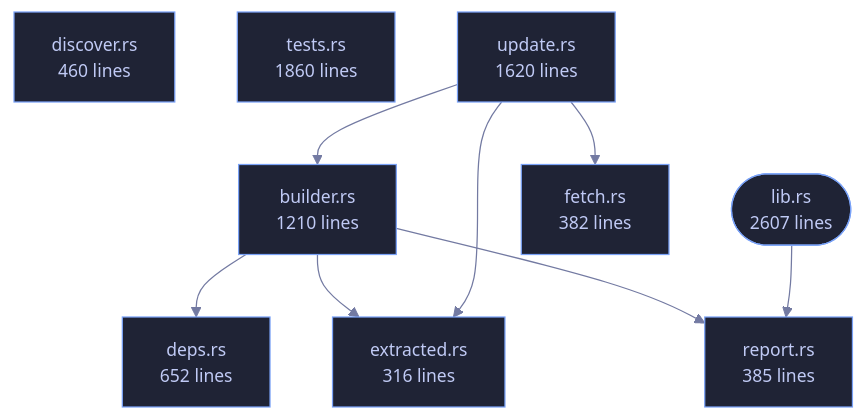
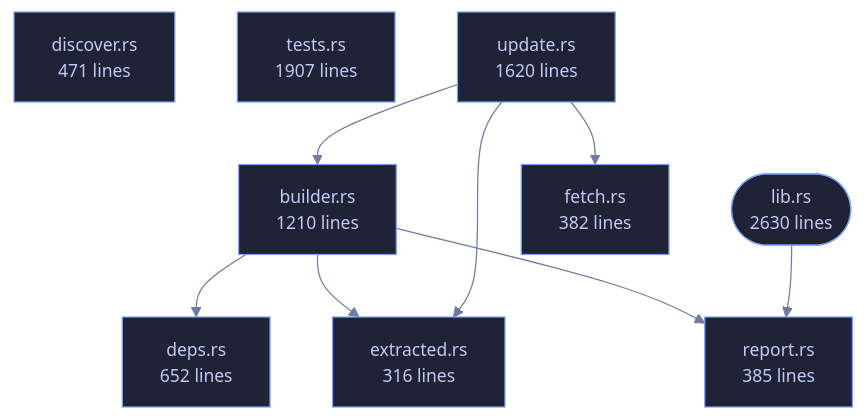
The diagram in crates/veilvoice-verify/README.md (tilas01/veilvoice), drawn with Mermaid before and after one commit. The commit also changed other lines of this file and 20 other files, not shown here.

````diff
--- a/crates/veilvoice-verify/README.md
+++ b/crates/veilvoice-verify/README.md
@@ -99,29 +99,29 @@
 ```mermaid
 %%{init: {"theme":"base","themeVariables":{"background":"#1a1b26","primaryColor":"#1f2335","primaryTextColor":"#c0caf5","primaryBorderColor":"#7aa2f7","secondaryColor":"#16161e","tertiaryColor":"#16161e","lineColor":"#737aa2","textColor":"#c0caf5","mainBkg":"#1f2335","nodeBorder":"#7aa2f7","clusterBkg":"#16161e","clusterBorder":"#2f3549","fontFamily":"ui-monospace, SFMono-Regular, Consolas, monospace","fontSize":"14px"}}}%%
 flowchart TD
-    n_lib(["lib.rs<br/>2607 lines"])
+    n_lib(["lib.rs<br/>2630 lines"])
     n_builder["builder.rs<br/>1210 lines"]
     n_deps["deps.rs<br/>652 lines"]
-    n_discover["discover.rs<br/>460 lines"]
+    n_discover["discover.rs<br/>471 lines"]
     n_extracted["extracted.rs<br/>316 lines"]
     n_fetch["fetch.rs<br/>382 lines"]
     n_report["report.rs<br/>385 lines"]
-    n_tests["tests.rs<br/>1860 lines"]
+    n_tests["tests.rs<br/>1907 lines"]
     n_update["update.rs<br/>1620 lines"]
     n_builder --> n_deps
     n_builder --> n_extracted
     n_builder --> n_report
     n_lib --> n_report
     n_update --> n_builder
     n_update --> n_extracted
     n_update --> n_fetch
     click n_lib href "https://github.com/tilas01/veilvoice/blob/main/crates/veilvoice-verify/src/lib.rs" "open the source"
     click n_builder href "https://github.com/tilas01/veilvoice/blob/main/crates/veilvoice-verify/src/builder.rs" "open the source"
     click n_deps href "https://github.com/tilas01/veilvoice/blob/main/crates/veilvoice-verify/src/deps.rs" "open the source"
     click n_discover href "https://github.com/tilas01/veilvoice/blob/main/crates/veilvoice-verify/src/discover.rs" "open the source"
     click n_extracted href "https://github.com/tilas01/veilvoice/blob/main/crates/veilvoice-verify/src/extracted.rs" "open the source"
     click n_fetch href "https://github.com/tilas01/veilvoice/blob/main/crates/veilvoice-verify/src/fetch.rs" "open the source"
     click n_report href "https://github.com/tilas01/veilvoice/blob/main/crates/veilvoice-verify/src/report.rs" "open the source"
     click n_tests href "https://github.com/tilas01/veilvoice/blob/main/crates/veilvoice-verify/src/tests.rs" "open the source"
     click n_update href "https://github.com/tilas01/veilvoice/blob/main/crates/veilvoice-verify/src/update.rs" "open the source"
 ```
````
